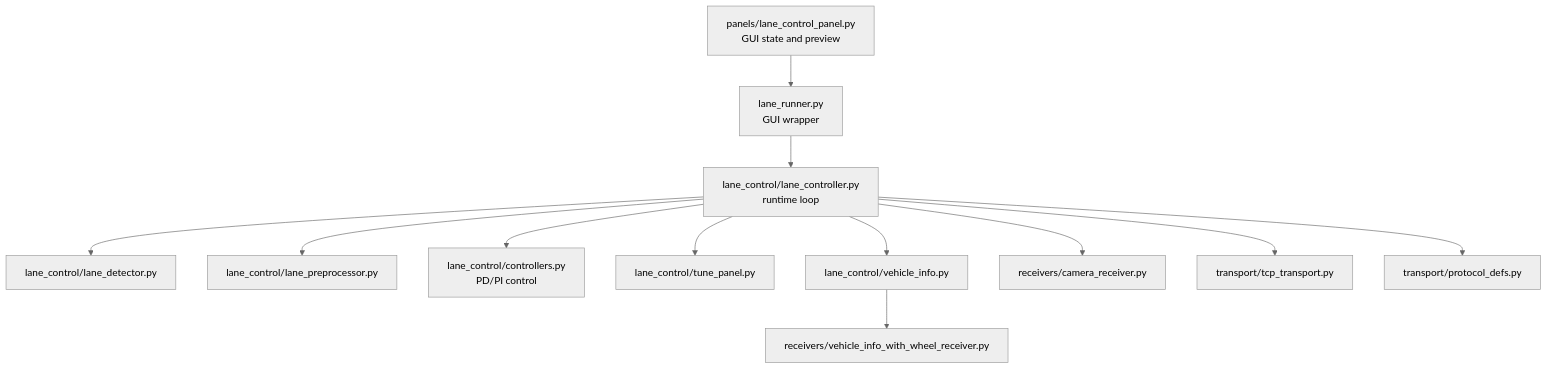
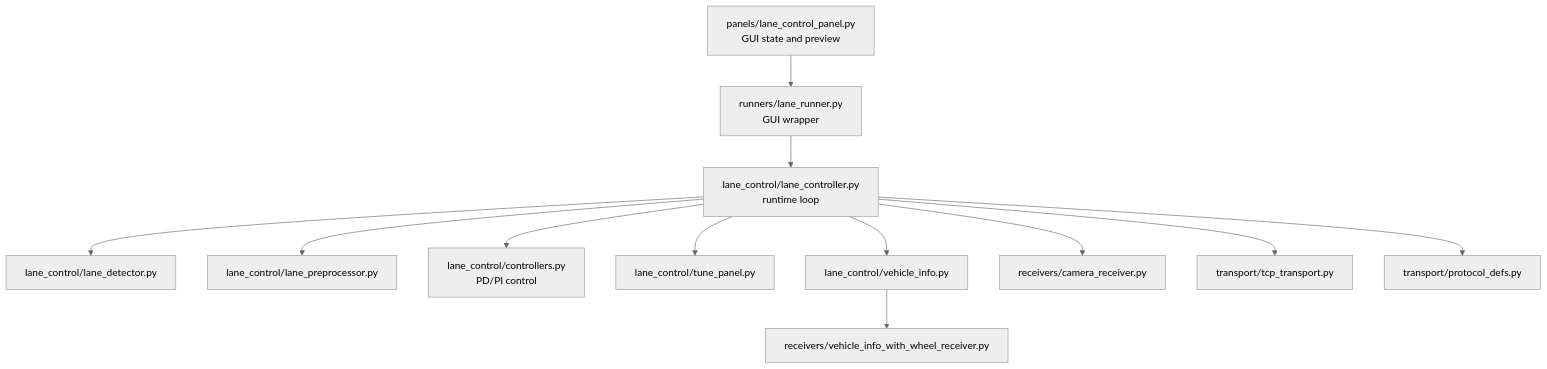
One commit to MORAI-Autonomous/MORAI-SimControl_v2.1 changed the fourth of 5 diagrams in docs/code-review-graph.md. Above: the diagram before and after it, drawn with Mermaid (neutral theme). The commit also changed other lines of this file and 8 other files, not shown here.

````diff
--- a/docs/code-review-graph.md
+++ b/docs/code-review-graph.md
@@ -120,27 +120,27 @@
 ```mermaid
 flowchart TD
-    runner["lane_runner.py<br/>GUI wrapper"]
+    runner["runners/lane_runner.py<br/>GUI wrapper"]
     panel["panels/lane_control_panel.py<br/>GUI state and preview"]
     controller["lane_control/lane_controller.py<br/>runtime loop"]
     detector["lane_control/lane_detector.py"]
     preprocessor["lane_control/lane_preprocessor.py"]
     controllers["lane_control/controllers.py<br/>PD/PI control"]
     tune["lane_control/tune_panel.py"]
     vehicle["lane_control/vehicle_info.py"]
     camera["receivers/camera_receiver.py"]
     wheel["receivers/vehicle_info_with_wheel_receiver.py"]
     tcp["transport/tcp_transport.py"]
     defs["transport/protocol_defs.py"]
 
     panel --> runner
     runner --> controller
     controller --> detector
     controller --> preprocessor
     controller --> controllers
     controller --> tune
     controller --> vehicle
     controller --> camera
     controller --> tcp
     controller --> defs
     vehicle --> wheel
 ```
````
